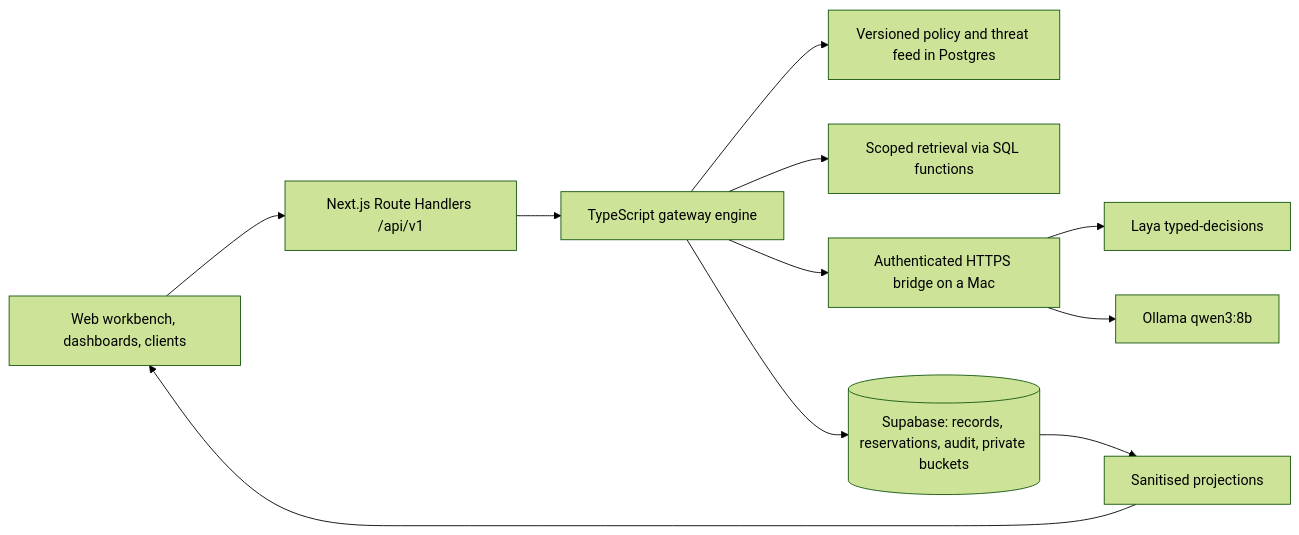
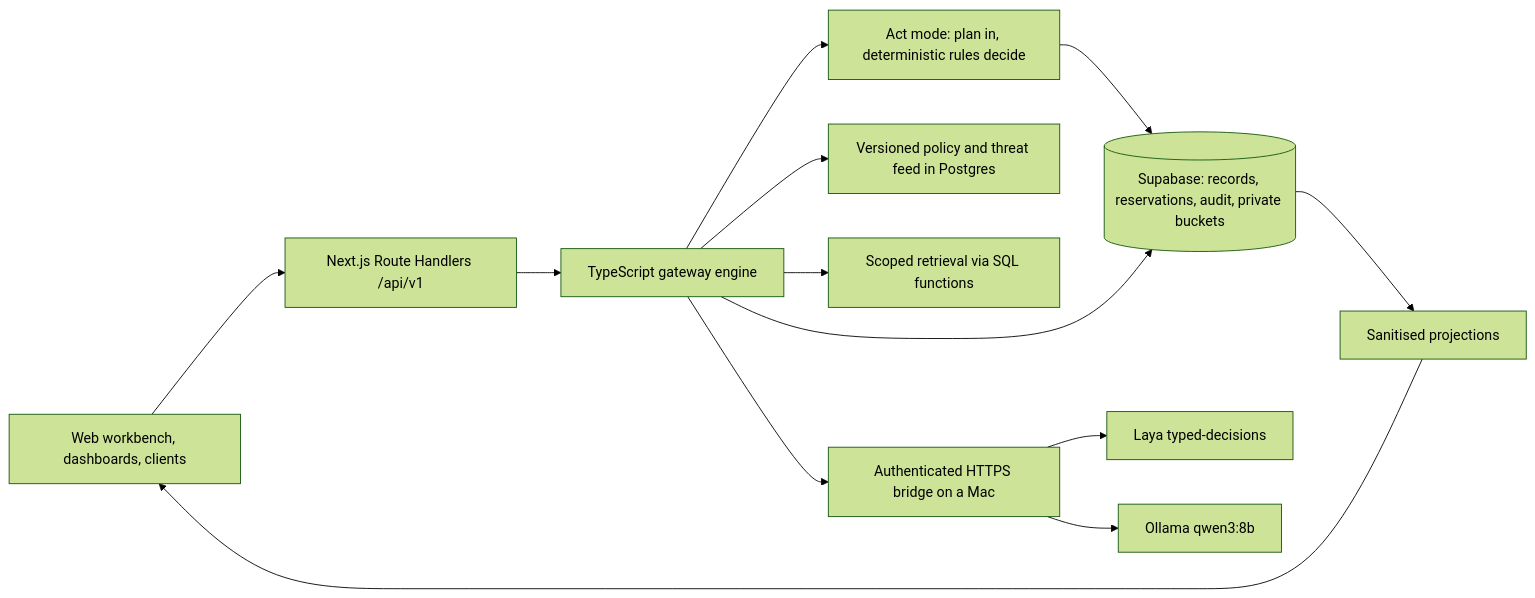
One commit to Bartek201301/hackyeah-2026 changed the diagram in README.md. Above: the diagram before and after it, drawn with Mermaid (forest theme). The commit also changed other lines of this file, not shown here.

First line of the commit message:
docs(readme): cover Act mode and verify from a clean checkout

````diff
--- a/README.md
+++ b/README.md
@@ -134,12 +159,14 @@
 ```mermaid
 flowchart LR
   W[Web workbench, dashboards, clients] --> H[Next.js Route Handlers /api/v1]
   H --> G[TypeScript gateway engine]
+  G --> A[Act mode: plan in, deterministic rules decide]
+  A --> S
   G --> P[Versioned policy and threat feed in Postgres]
   G --> R[Scoped retrieval via SQL functions]
   G --> B[Authenticated HTTPS bridge on a Mac]
   B --> L[Laya typed-decisions]
   B --> O[Ollama qwen3:8b]
   G --> S[(Supabase: records, reservations, audit, private buckets)]
   S --> V[Sanitised projections] --> W
 ```
````
